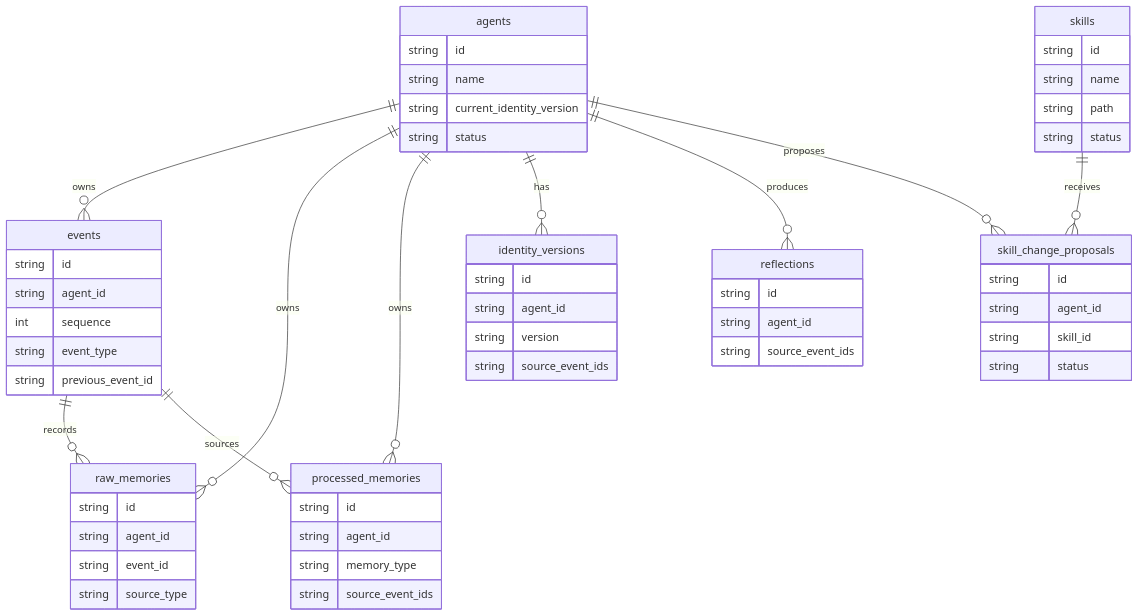
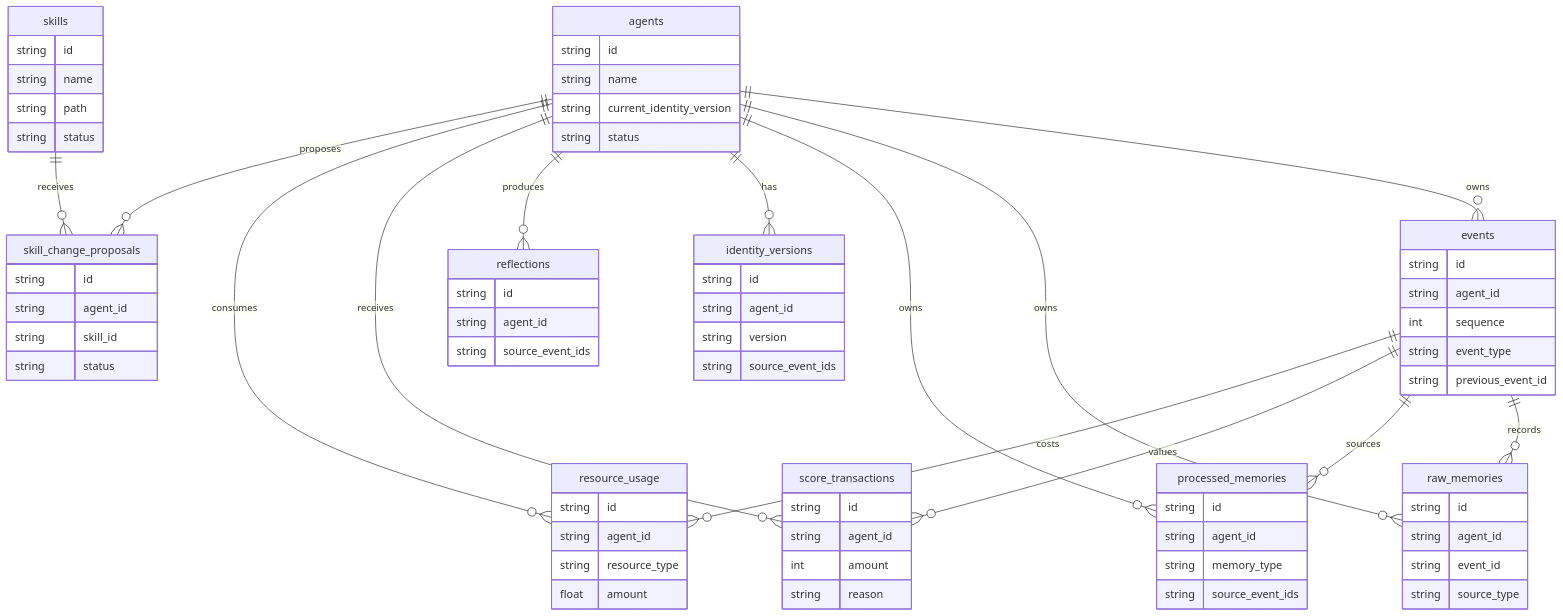
Before and after one commit to TATAUFO/peng.pdu.pub: the seventh of 12 diagrams in src/content/docs/matrix/system-architecture.md, drawn with Mermaid. The commit also changed other lines of this file and 5 other files, not shown here.

````diff
--- a/src/content/docs/matrix/system-architecture.md
+++ b/src/content/docs/matrix/system-architecture.md
@@ -280,8 +285,12 @@
   agents ||--o{ processed_memories : owns
   agents ||--o{ identity_versions : has
   agents ||--o{ reflections : produces
+  agents ||--o{ score_transactions : receives
+  agents ||--o{ resource_usage : consumes
   events ||--o{ raw_memories : records
   events ||--o{ processed_memories : sources
+  events ||--o{ score_transactions : values
+  events ||--o{ resource_usage : costs
   skills ||--o{ skill_change_proposals : receives
   agents ||--o{ skill_change_proposals : proposes
 
@@ -340,4 +349,18 @@
     string agent_id
     string source_event_ids
   }
+
+  score_transactions {
+    string id
+    string agent_id
+    int amount
+    string reason
+  }
+
+  resource_usage {
+    string id
+    string agent_id
+    string resource_type
+    float amount
+  }
 ```
````
